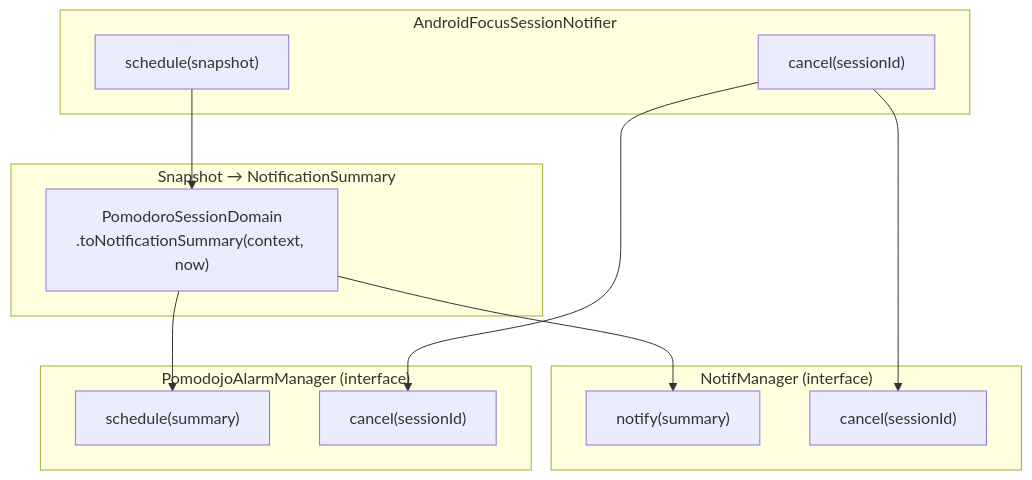
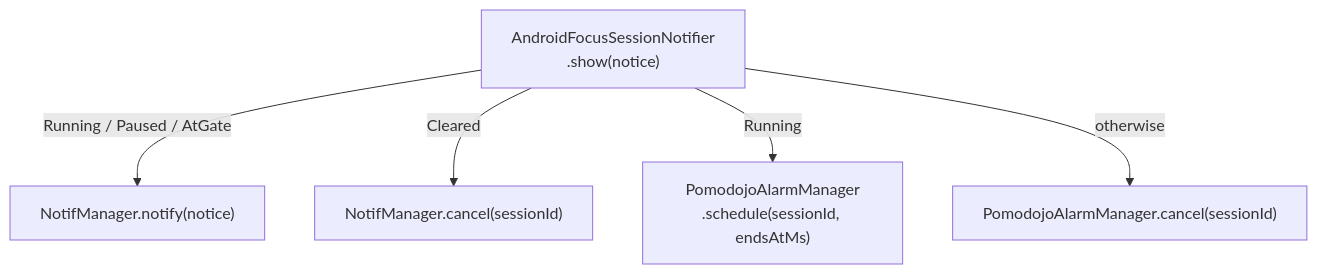
The third of 9 diagrams in docs/features/notification/README.md (fakhrymubarak/PomoDojo), drawn with Mermaid before and after one commit. The commit also changed other lines of this file and 28 other files, not shown here.

First line of the commit message:
refactor(notification): show one SessionNotice on every platform

````diff
--- a/docs/features/notification/README.md
+++ b/docs/features/notification/README.md
@@ -119,27 +90,8 @@
 ```mermaid
 flowchart TD
-    subgraph AndroidNotifier["AndroidFocusSessionNotifier"]
-        SCHED["schedule(snapshot)"]
-        CANC["cancel(sessionId)"]
-    end
-
-    subgraph Mapping["Snapshot → NotificationSummary"]
-        MAP["PomodoroSessionDomain\n.toNotificationSummary(context, now)"]
-    end
-
-    subgraph NotifMgr["NotifManager (interface)"]
-        NOTIFY["notify(summary)"]
-        NCANCEL["cancel(sessionId)"]
-    end
-
-    subgraph AlarmMgr["PomodojoAlarmManager (interface)"]
-        ASCHEDULE["schedule(summary)"]
-        ACANCEL["cancel(sessionId)"]
-    end
-
-    SCHED --> MAP
-    MAP --> NOTIFY
-    MAP --> ASCHEDULE
-    CANC --> NCANCEL
-    CANC --> ACANCEL
+    SHOW["AndroidFocusSessionNotifier\n.show(notice)"]
+    SHOW -->|" Running / Paused / AtGate "| NOTIFY["NotifManager.notify(notice)"]
+    SHOW -->|" Cleared "| NCANCEL["NotifManager.cancel(sessionId)"]
+    SHOW -->|" Running "| ASCHEDULE["PomodojoAlarmManager\n.schedule(sessionId, endsAtMs)"]
+    SHOW -->|" otherwise "| ACANCEL["PomodojoAlarmManager.cancel(sessionId)"]
 ```
````
